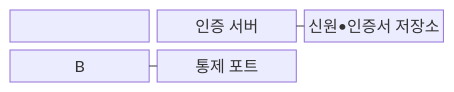
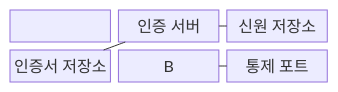
The first of 2 diagrams in src/content/docs/notes/04-network/115_802_1x_eap_authentication.md (agnusdei1207/knowledge-base), drawn with Mermaid before and after one commit. The commit also changed other lines of this file and 16 other files, not shown here.

````diff
--- a/src/content/docs/notes/04-network/115_802_1x_eap_authentication.md
+++ b/src/content/docs/notes/04-network/115_802_1x_eap_authentication.md
@@ -69,7 +75,8 @@
 ```mermaid
 block-beta
   columns 3
   A["인증 요청자"] --- B["인증 중계자"] --- C["인증 서버"]
-  D["신원•인증서 저장소"] --- C
+  D["신원 저장소"] --- C
+  F["인증서 저장소"] --- C
   B --- E["통제 포트"]
 ```
````
